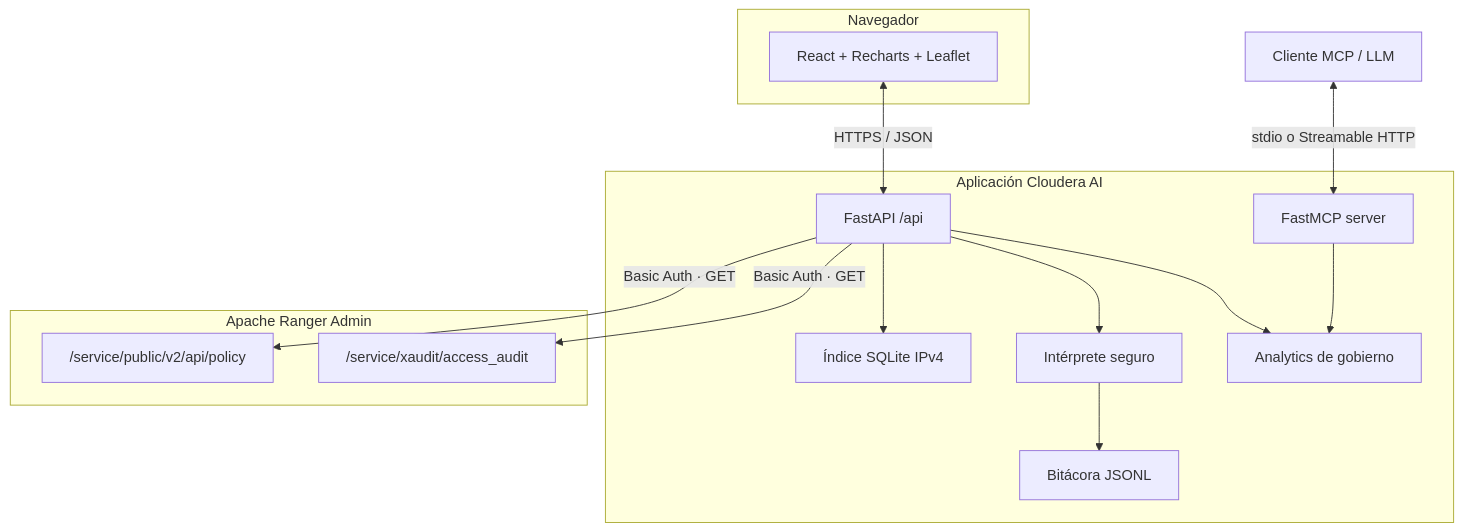
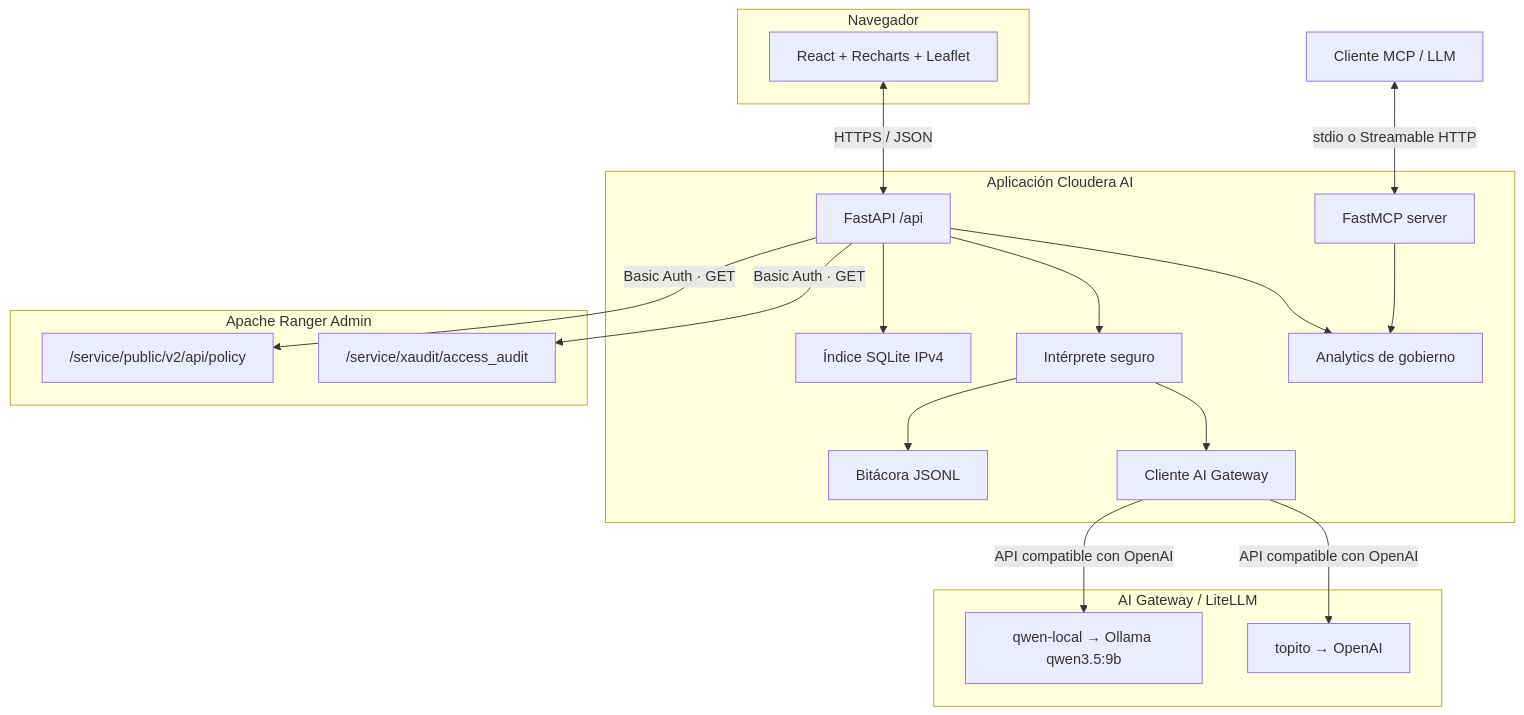
Before and after one commit to smerchanmole/amp-ranger-dashboard: the second of 2 diagrams in README.md, drawn with Mermaid. The commit also changed other lines of this file and 17 other files, not shown here.

````diff
--- a/README.md
+++ b/README.md
@@ -101,30 +104,39 @@
 ```mermaid
 flowchart TB
     subgraph Browser["Navegador"]
         UI["React + Recharts + Leaflet"]
     end
 
     subgraph App["Aplicación Cloudera AI"]
         API["FastAPI /api"]
         GOV["Analytics de gobierno"]
         CHAT["Intérprete seguro"]
+        GATEWAY["Cliente AI Gateway"]
         GEO["Índice SQLite IPv4"]
         AUDIT["Bitácora JSONL"]
         MCPS["FastMCP server"]
         API --> GOV
         API --> CHAT
+        CHAT --> GATEWAY
         API --> GEO
         CHAT --> AUDIT
         MCPS --> GOV
     end
 
     subgraph Ranger["Apache Ranger Admin"]
         XA["/service/xaudit/access_audit"]
         PO["/service/public/v2/api/policy"]
     end
 
+    subgraph AI["AI Gateway / LiteLLM"]
+        TOPITO["topito → OpenAI"]
+        QWEN["qwen-local → Ollama qwen3.5:9b"]
+    end
+
     UI <-->|"HTTPS / JSON"| API
     API -->|"Basic Auth · GET"| XA
     API -->|"Basic Auth · GET"| PO
+    GATEWAY -->|"API compatible con OpenAI"| TOPITO
+    GATEWAY -->|"API compatible con OpenAI"| QWEN
     AGENT["Cliente MCP / LLM"] <-->|"stdio o Streamable HTTP"| MCPS
 ```
````
